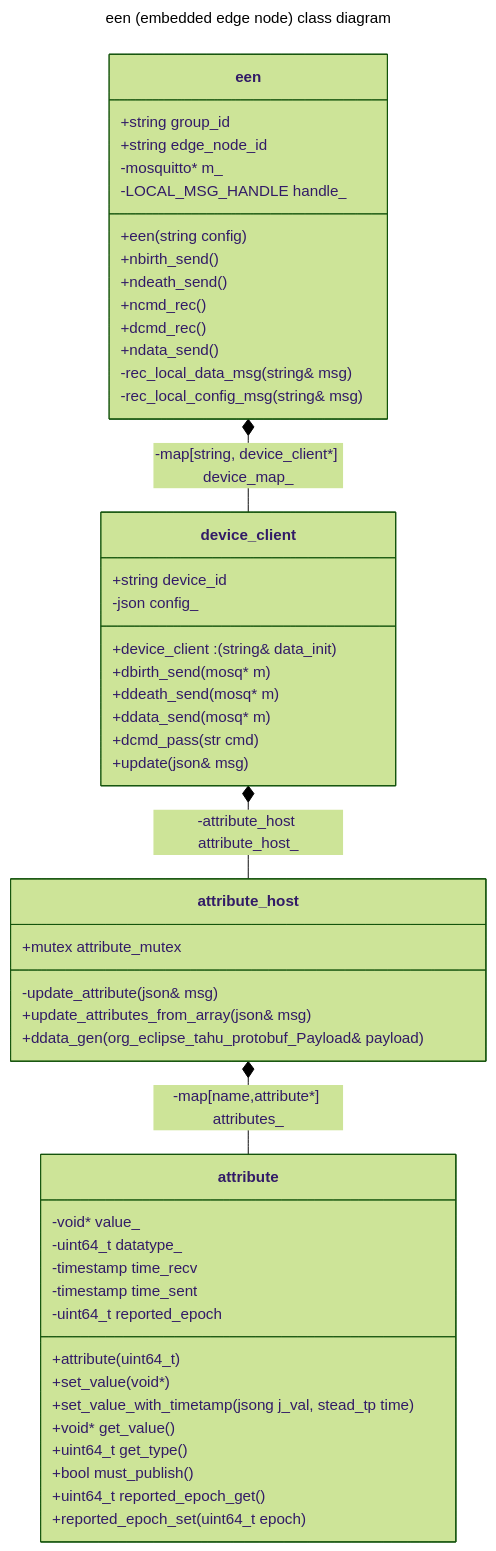
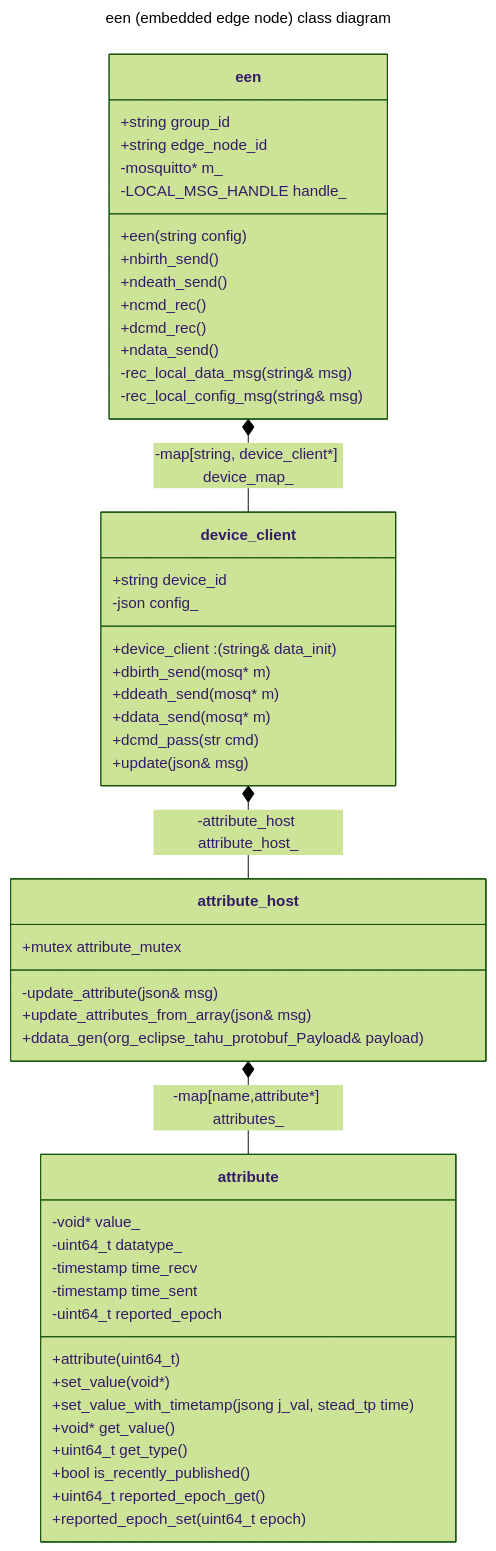
The second of 2 diagrams in README.md (DJTakushi/spbd), drawn with Mermaid (forest theme) before and after one commit. The commit also changed 2 other files, not shown here.

Commit message:
must_publish() renamed to is_recently_published()

````diff
--- a/README.md
+++ b/README.md
@@ -39,59 +39,59 @@
 ```mermaid
 ---
 title: een (embedded edge node) class diagram
 ---
 classDiagram
 
 class een{
   +string group_id
   +string edge_node_id
   -mosquitto* m_
   -LOCAL_MSG_HANDLE handle_
   +een(string config)
   +nbirth_send()
   +ndeath_send()
   +ncmd_rec()
   +dcmd_rec()
   +ndata_send()
   -rec_local_data_msg(string& msg)
   -rec_local_config_msg(string& msg)
 }
 
 class device_client{
   +string device_id
   -json config_
 
   +device_client : (string& data_init)
   +dbirth_send(mosq* m)
   +ddeath_send(mosq* m)
   +ddata_send(mosq* m)
   +dcmd_pass(str cmd)
   +update(json& msg)
 }
 een *-- device_client : -map[string, device_client*] device_map_
 
 class attribute_host{
   +mutex attribute_mutex
   -update_attribute(json& msg)
   +update_attributes_from_array(json& msg)
   +ddata_gen(org_eclipse_tahu_protobuf_Payload& payload)
 }
 device_client *-- attribute_host : -attribute_host attribute_host_
 
 class attribute{
   -void* value_
   -uint64_t datatype_
   -timestamp time_recv
   -timestamp time_sent
   -uint64_t reported_epoch
   +attribute(uint64_t)
   +set_value(void*)
   +set_value_with_timetamp(jsong  j_val, stead_tp time)
   +void* get_value()
   +uint64_t get_type()
-  +bool must_publish()
+  +bool is_recently_published()
   +uint64_t reported_epoch_get()
   +reported_epoch_set(uint64_t epoch)
 }
 attribute_host *-- attribute : -map[name,attribute*] attributes_
 ```
````
